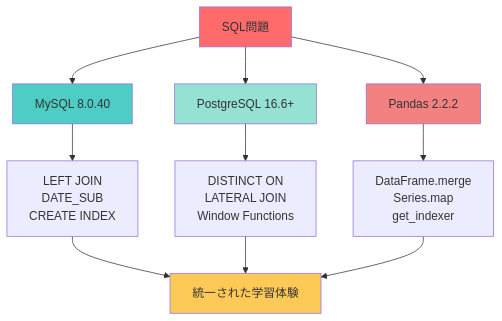
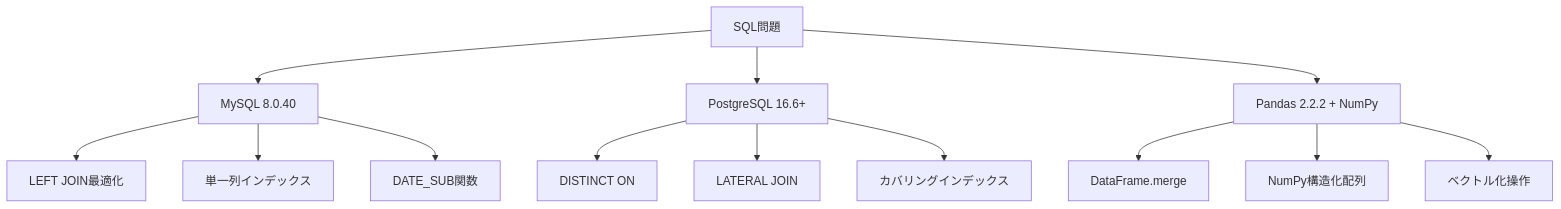
The ninth of 12 diagrams in README.md (myoshi2891/Algorithm-DataStructures-Math-SQL), drawn with Mermaid before and after one commit. The commit also changed other lines of this file, not shown here.

````diff
--- a/README.md
+++ b/README.md
@@ -391,20 +487,18 @@
 ```mermaid
-graph TB
-    Problem[SQL問題] --> M[MySQL 8.0.40]
-    Problem --> P[PostgreSQL 16.6+]
-    Problem --> Pd[Pandas 2.2.2]
+graph TD
+    A[SQL問題] --> B[MySQL 8.0.40]
+    A --> C[PostgreSQL 16.6+]
+    A --> D[Pandas 2.2.2 + NumPy]
     
-    M --> M1[LEFT JOIN<br/>DATE_SUB<br/>CREATE INDEX]
-    P --> P1[DISTINCT ON<br/>LATERAL JOIN<br/>Window Functions]
-    Pd --> Pd1[DataFrame.merge<br/>Series.map<br/>get_indexer]
+    B --> B1[LEFT JOIN最適化]
+    B --> B2[単一列インデックス]
+    B --> B3[DATE_SUB関数]
     
-    M1 --> Result[統一された学習体験]
-    P1 --> Result
-    Pd1 --> Result
+    C --> C1[DISTINCT ON]
+    C --> C2[LATERAL JOIN]
+    C --> C3[カバリングインデックス]
     
-    style Problem fill:#ff6b6b
-    style M fill:#4ecdc4
-    style P fill:#95e1d3
-    style Pd fill:#f38181
-    style Result fill:#feca57
+    D --> D1[DataFrame.merge]
+    D --> D2[NumPy構造化配列]
+    D --> D3[ベクトル化操作]
 ```
````
